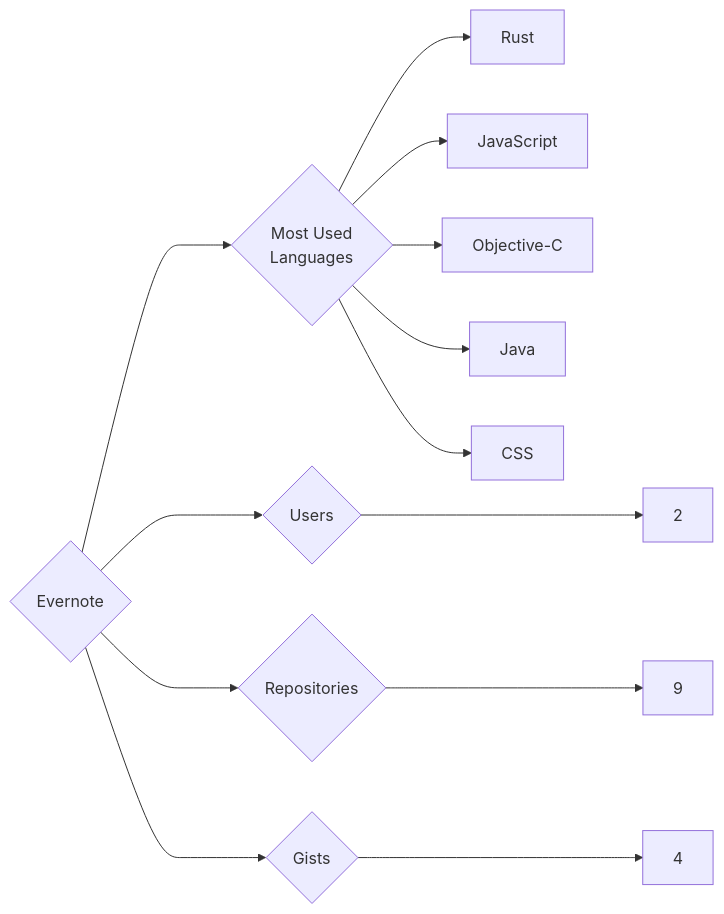
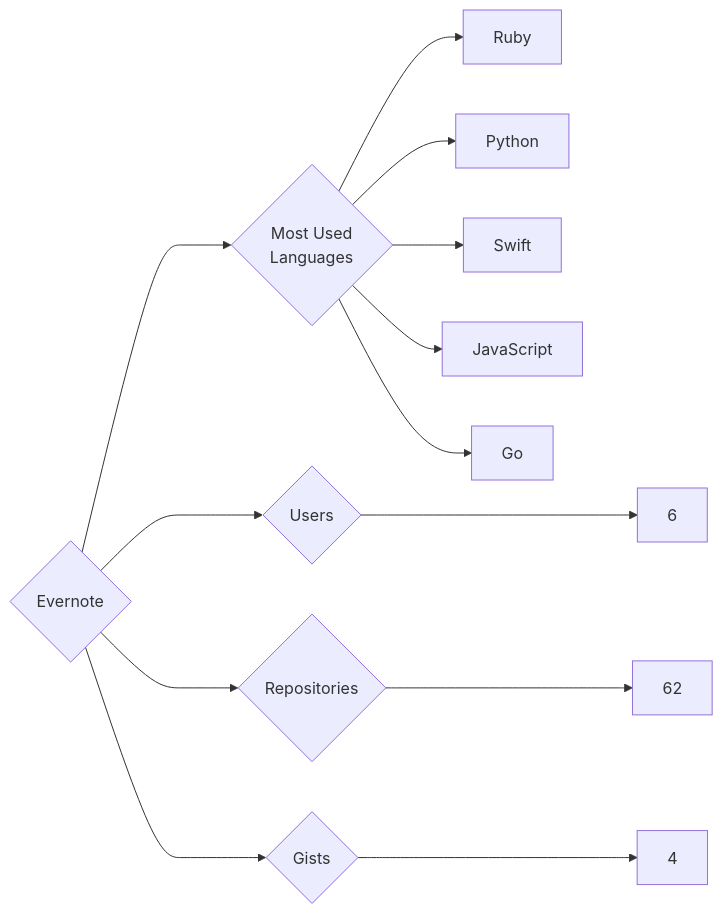
The diagram in targets/Evernote/README.md (trickest/insiders), drawn with Mermaid before and after one commit. The commit also changed 899 other files, not shown here.

````diff
--- a/targets/Evernote/README.md
+++ b/targets/Evernote/README.md
@@ -3,13 +3,13 @@
 ```mermaid
 graph LR
 COMPANY_NAME{Evernote}
-COMPANY_NAME ---> U{Users} ---> UN[2]
-COMPANY_NAME ---> R{Repositories} ---> RN[9]
+COMPANY_NAME ---> U{Users} ---> UN[6]
+COMPANY_NAME ---> R{Repositories} ---> RN[62]
 COMPANY_NAME ---> G{Gists} ---> GN[4]
 COMPANY_NAME ---> ML{Most Used<br>Languages}
-ML --> Rust[Rust]
+ML --> Ruby[Ruby]
+ML --> Python[Python]
+ML --> Swift[Swift]
 ML --> JavaScript[JavaScript]
-ML --> Objective-C[Objective-C]
-ML --> Java[Java]
-ML --> CSS[CSS]
+ML --> Go[Go]
 ```
````
